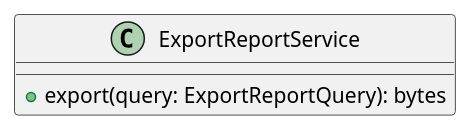
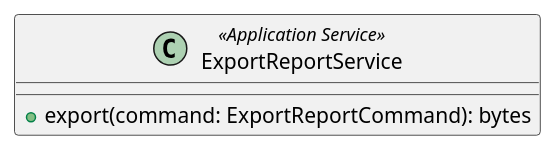
Before and after one commit to GroupRubberDuck/Documentazione: the diagram in src/PB/DocumentazioneEsterna/Specifica_Tecnica/content/uml/puml/Diagrammi_classi/Backend/ApplicationServices/ExportReportService.puml, drawn with PlantUML. The commit also changed 118 other files, not shown here.

```diff
--- a/src/PB/DocumentazioneEsterna/Specifica_Tecnica/content/uml/puml/Diagrammi_classi/Backend/ApplicationServices/ExportReportService.puml
+++ b/src/PB/DocumentazioneEsterna/Specifica_Tecnica/content/uml/puml/Diagrammi_classi/Backend/ApplicationServices/ExportReportService.puml
@@ -1,8 +1,8 @@
 @startuml ExportReportService
 
-class ExportReportService {
-    + export(query: ExportReportQuery): bytes
+class ExportReportService <<Application Service>> {
+    + export(command: ExportReportCommand): bytes
 }
 
 
 @enduml
```
